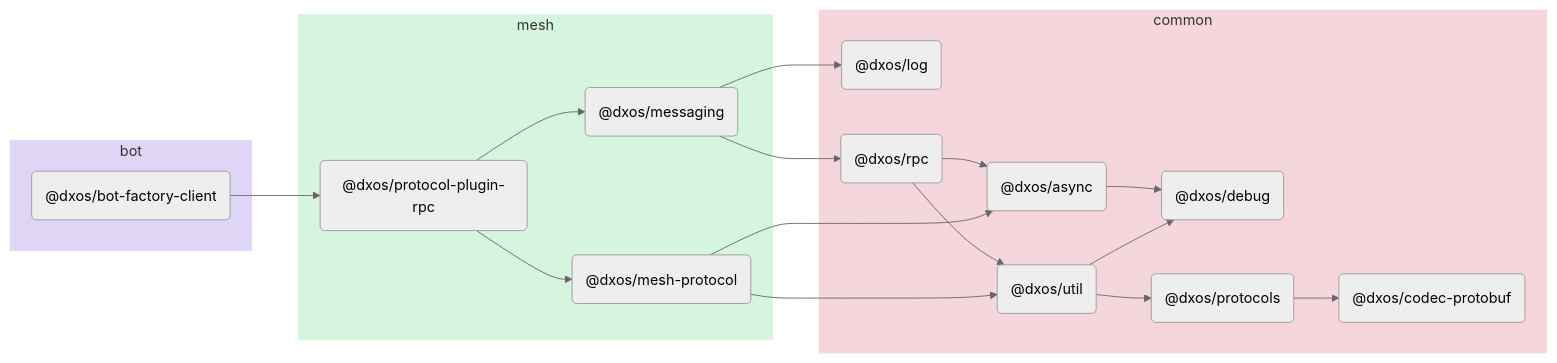
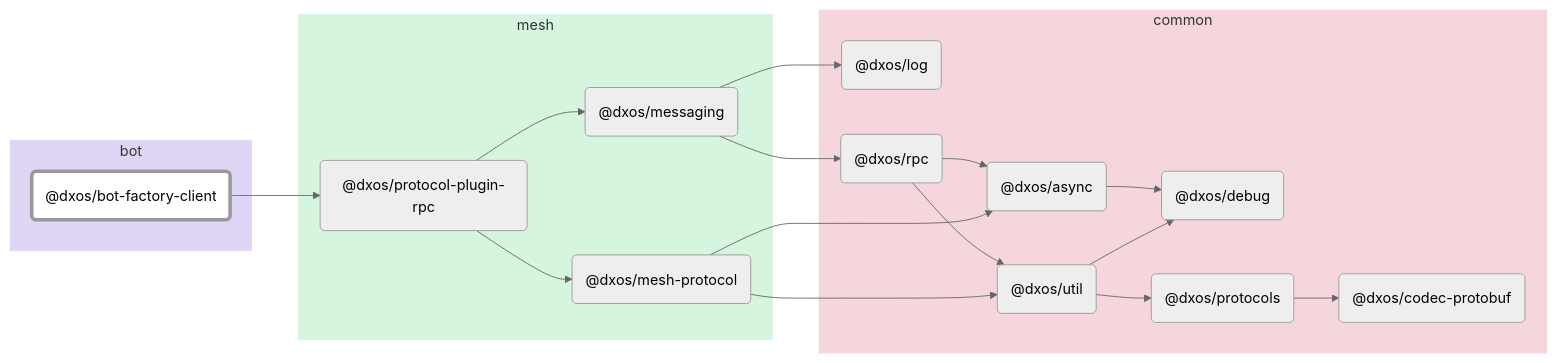
Before and after one commit to dxos/dxos: the diagram in packages/bot/bot-factory-client/docs/README.md, drawn with Mermaid (neutral theme). The commit also changed other lines of this file and 88 other files, not shown here.

````diff
--- a/packages/bot/bot-factory-client/docs/README.md
+++ b/packages/bot/bot-factory-client/docs/README.md
@@ -5,40 +7,52 @@
 ```mermaid
 flowchart LR;
+
+style dxos/bot-factory-client fill:#fff,stroke-width:4px;
+
+click dxos/async "https:/github.com/dxos/dxos/tree/main/packages/common/async/docs";
+click dxos/debug "https:/github.com/dxos/dxos/tree/main/packages/common/debug/docs";
+click dxos/codec-protobuf "https:/github.com/dxos/dxos/tree/main/packages/common/codec-protobuf/docs";
+click dxos/protocol-plugin-rpc "https:/github.com/dxos/dxos/tree/main/packages/mesh/protocol-plugin-rpc/docs";
+click dxos/messaging "https:/github.com/dxos/dxos/tree/main/packages/mesh/messaging/docs";
+click dxos/mesh-protocol "https:/github.com/dxos/dxos/tree/main/packages/mesh/mesh-protocol/docs";
+click dxos/rpc "https:/github.com/dxos/dxos/tree/main/packages/common/rpc/docs";
+click dxos/util "https:/github.com/dxos/dxos/tree/main/packages/common/util/docs";
+click dxos/protocols "https:/github.com/dxos/dxos/tree/main/packages/common/protocols/docs";
 
 subgraph bot
   style bot fill:#dfd6f5,stroke:#fff;
   dxos/bot-factory-client("@dxos/bot-factory-client");
 end
 
 subgraph common
   style common fill:#f5d6dd,stroke:#fff;
   dxos/async("@dxos/async");
   dxos/debug("@dxos/debug");
   dxos/codec-protobuf("@dxos/codec-protobuf");
   dxos/log("@dxos/log");
   dxos/protocols("@dxos/protocols");
   dxos/rpc("@dxos/rpc");
   dxos/util("@dxos/util");
 end
 
 subgraph mesh
   style mesh fill:#d6f5de,stroke:#fff;
   dxos/protocol-plugin-rpc("@dxos/protocol-plugin-rpc");
   dxos/messaging("@dxos/messaging");
   dxos/mesh-protocol("@dxos/mesh-protocol");
 end
 
 dxos/async --> dxos/debug;
 dxos/bot-factory-client --> dxos/protocol-plugin-rpc;
 dxos/protocol-plugin-rpc --> dxos/messaging;
 dxos/messaging --> dxos/log;
 dxos/protocols --> dxos/codec-protobuf;
 dxos/messaging --> dxos/rpc;
 dxos/rpc --> dxos/async;
 dxos/rpc --> dxos/util;
 dxos/util --> dxos/debug;
 dxos/util --> dxos/protocols;
 dxos/protocol-plugin-rpc --> dxos/mesh-protocol;
 dxos/mesh-protocol --> dxos/async;
 dxos/mesh-protocol --> dxos/util;
 ```
````
